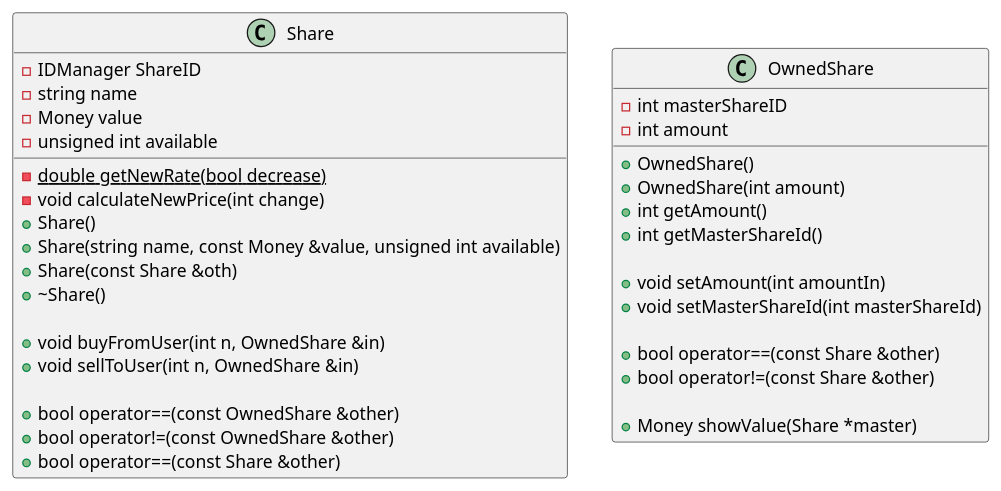
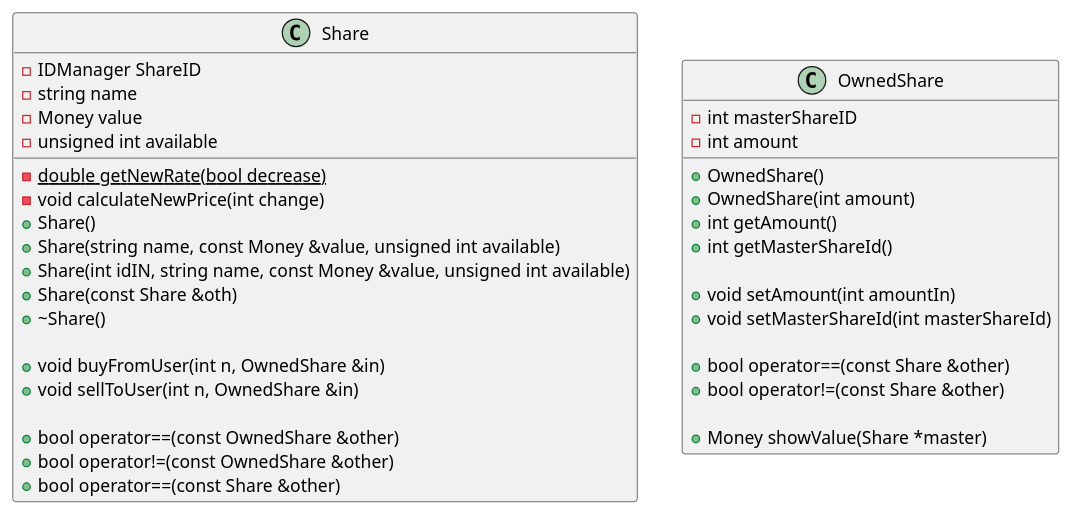
Before and after one commit to krusoadi/prog2_nhf: the diagram in puml/Shares_related.puml, drawn with PlantUML. The commit also changed 5 other files, not shown here.

```diff
--- a/puml/Shares_related.puml
+++ b/puml/Shares_related.puml
@@ -1,43 +1,44 @@
 @startuml
 class Share
 class OwnedShare
 
 class Share {
     -IDManager ShareID
     -string name
     -Money value
     -unsigned int available
 
     -{static} double getNewRate(bool decrease)
     -void calculateNewPrice(int change)
     +Share()
     +Share(string name, const Money &value, unsigned int available)
+    +Share(int idIN, string name, const Money &value, unsigned int available)
     +Share(const Share &oth)
     +~Share()
 
     +void buyFromUser(int n, OwnedShare &in)
     +void sellToUser(int n, OwnedShare &in)
 
     +bool operator==(const OwnedShare &other)
     +bool operator!=(const OwnedShare &other)
     +bool operator==(const Share &other)
 }
 
 class OwnedShare {
     -int masterShareID
     -int amount
 
     +OwnedShare()
     +OwnedShare(int amount)
     +int getAmount()
     +int getMasterShareId()
 
     +void setAmount(int amountIn)
     +void setMasterShareId(int masterShareId)
 
     +bool operator==(const Share &other)
     +bool operator!=(const Share &other)
 
     +Money showValue(Share *master)
 }
 @enduml
```
